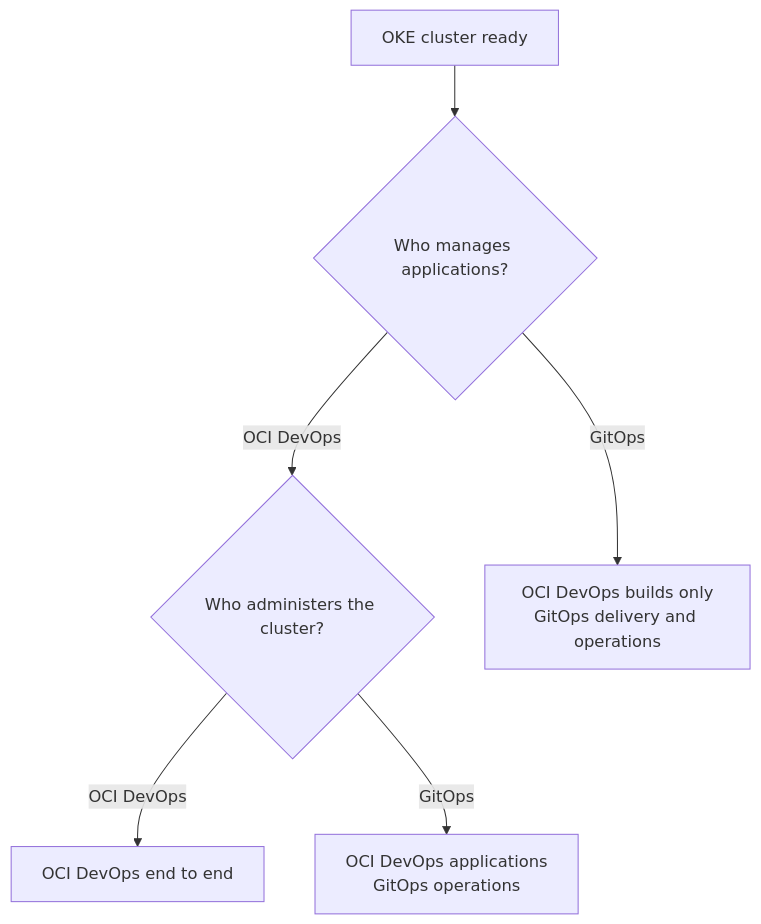
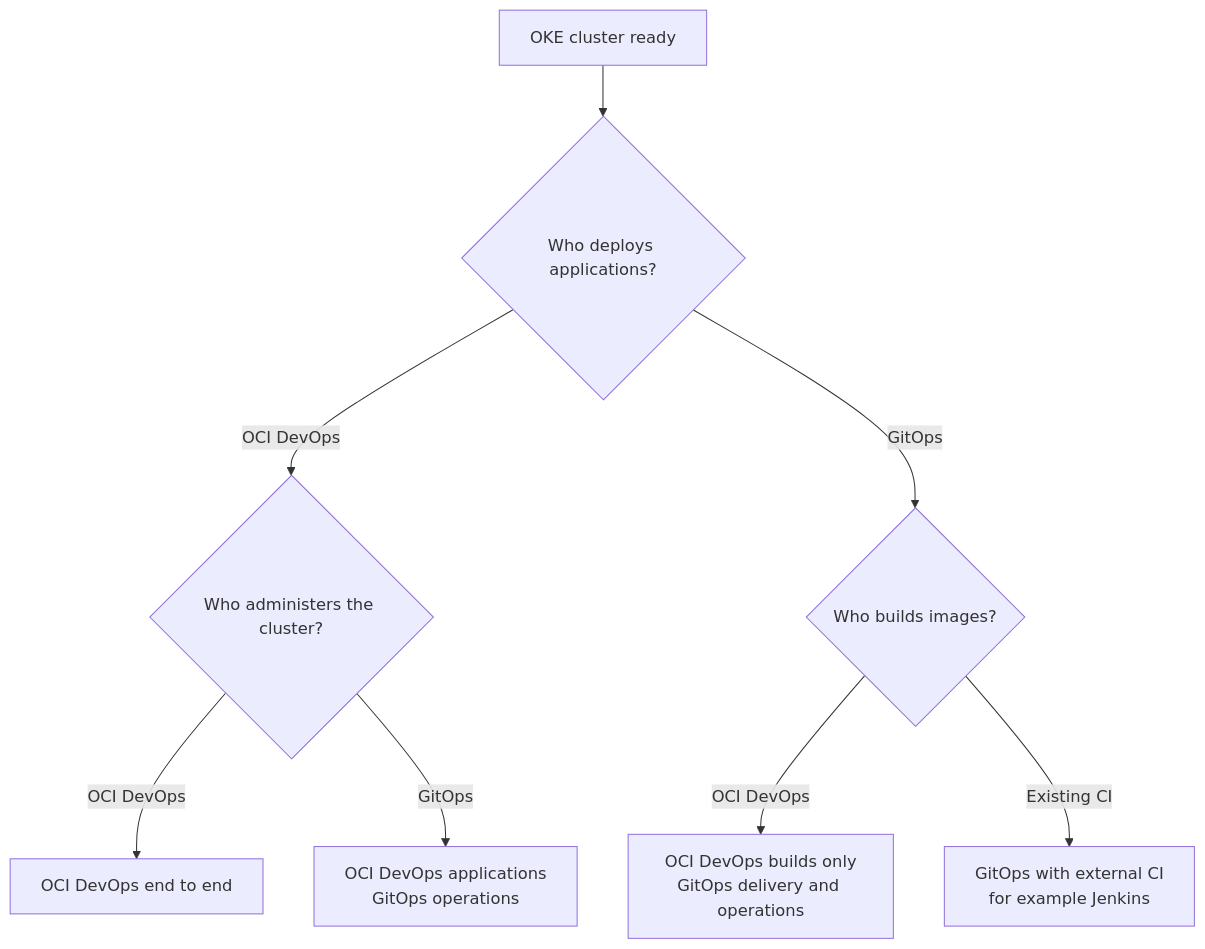
One commit to oracle-devrel/technology-engineering changed the diagram in oci-and-db/cloud-native/devops-and-containers/oke/oke-rm/README.md. Above: the diagram before and after it, drawn with Mermaid. The commit also changed other lines of this file, not shown here.

Commit message:
Document the GitOps-only operating mode

````diff
--- a/oci-and-db/cloud-native/devops-and-containers/oke/oke-rm/README.md
+++ b/oci-and-db/cloud-native/devops-and-containers/oke/oke-rm/README.md
@@ -118,8 +118,10 @@
 ```mermaid
 flowchart TD
-  A["OKE cluster ready"] --> B{"Who manages applications?"}
+  A["OKE cluster ready"] --> B{"Who deploys applications?"}
   B -->|OCI DevOps| C{"Who administers the cluster?"}
   C -->|OCI DevOps| D["OCI DevOps end to end"]
   C -->|GitOps| E["OCI DevOps applications<br/>GitOps operations"]
-  B -->|GitOps| F["OCI DevOps builds only<br/>GitOps delivery and operations"]
+  B -->|GitOps| F{"Who builds images?"}
+  F -->|OCI DevOps| G["OCI DevOps builds only<br/>GitOps delivery and operations"]
+  F -->|Existing CI| H["GitOps with external CI<br/>for example Jenkins"]
 ```
````
